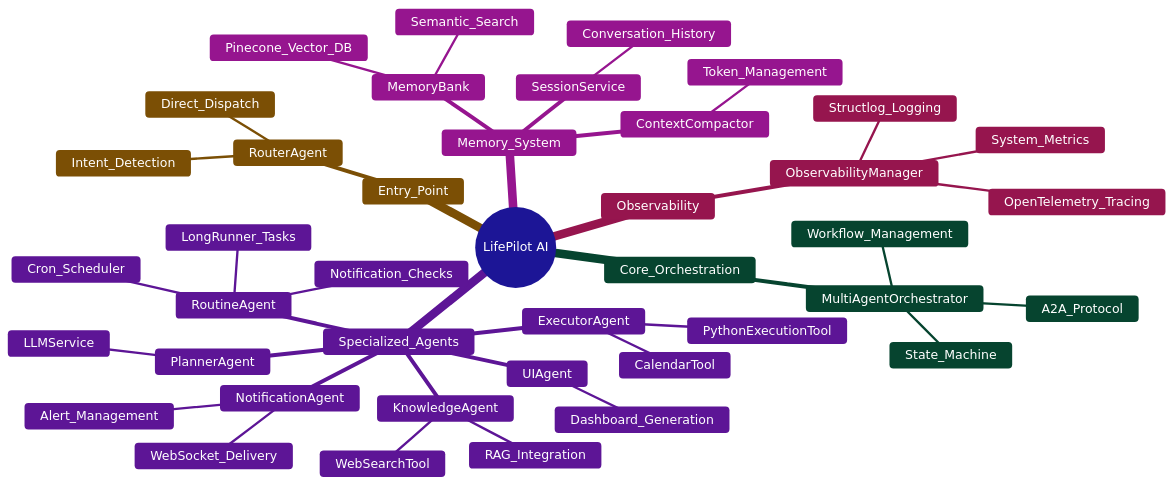
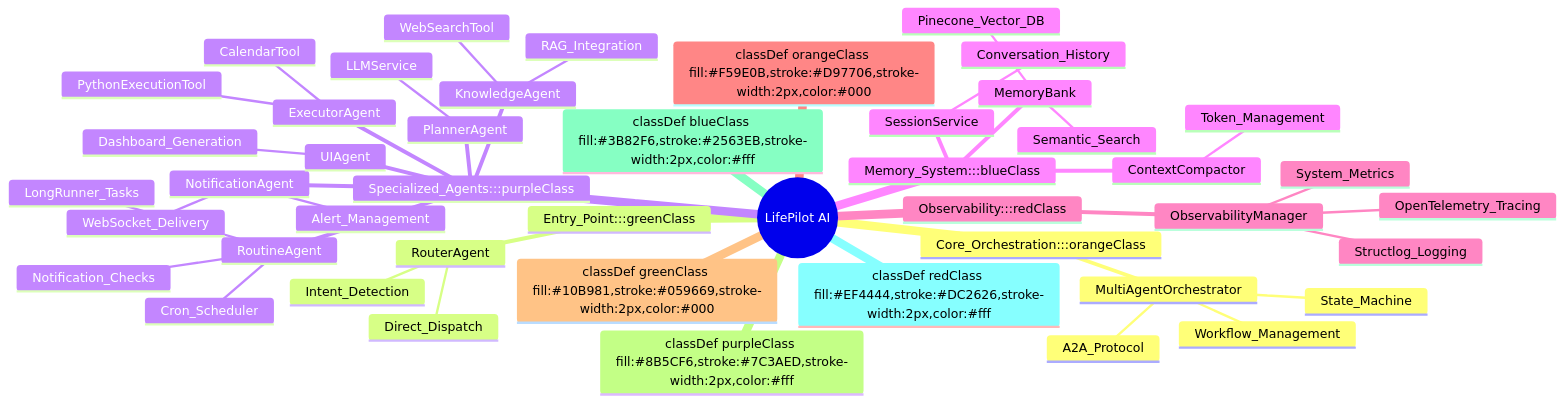
The second of 2 diagrams in README.md (JayChauhan3/lifepilot), drawn with Mermaid before and after one commit.

````diff
--- a/README.md
+++ b/README.md
@@ -140,45 +140,50 @@
 ```mermaid
-%%{init: {'theme': 'base', 'themeVariables': { 'primaryColor': '#4F46E5', 'primaryTextColor': '#fff', 'primaryBorderColor': '#4F46E5', 'lineColor': '#6366F1', 'secondaryColor': '#10B981', 'tertiaryColor': '#F59E0B', 'background': '#1F2937', 'mainBkg': '#4F46E5', 'secondBkg': '#10B981', 'tertiaryBkg': '#F59E0B'}}}%%
 mindmap
   root((LifePilot AI))
-    Core_Orchestration
+    Core_Orchestration:::orangeClass
       MultiAgentOrchestrator
         Workflow_Management
         State_Machine
         A2A_Protocol
-    Entry_Point
+    Entry_Point:::greenClass
       RouterAgent
         Intent_Detection
         Direct_Dispatch
-    Specialized_Agents
+    Specialized_Agents:::purpleClass
       PlannerAgent
         LLMService
       ExecutorAgent
         CalendarTool
         PythonExecutionTool
       KnowledgeAgent
         WebSearchTool
         RAG_Integration
       NotificationAgent
         Alert_Management
         WebSocket_Delivery
       RoutineAgent
         Cron_Scheduler
         LongRunner_Tasks
         Notification_Checks
       UIAgent
         Dashboard_Generation
-    Memory_System
+    Memory_System:::blueClass
       MemoryBank
         Pinecone_Vector_DB
         Semantic_Search
       SessionService
         Conversation_History
       ContextCompactor
         Token_Management
-    Observability
+    Observability:::redClass
       ObservabilityManager
         OpenTelemetry_Tracing
         Structlog_Logging
         System_Metrics
+        
+    classDef orangeClass fill:#F59E0B,stroke:#D97706,stroke-width:2px,color:#000
+    classDef greenClass fill:#10B981,stroke:#059669,stroke-width:2px,color:#000
+    classDef purpleClass fill:#8B5CF6,stroke:#7C3AED,stroke-width:2px,color:#fff
+    classDef blueClass fill:#3B82F6,stroke:#2563EB,stroke-width:2px,color:#fff
+    classDef redClass fill:#EF4444,stroke:#DC2626,stroke-width:2px,color:#fff
 ```
````
